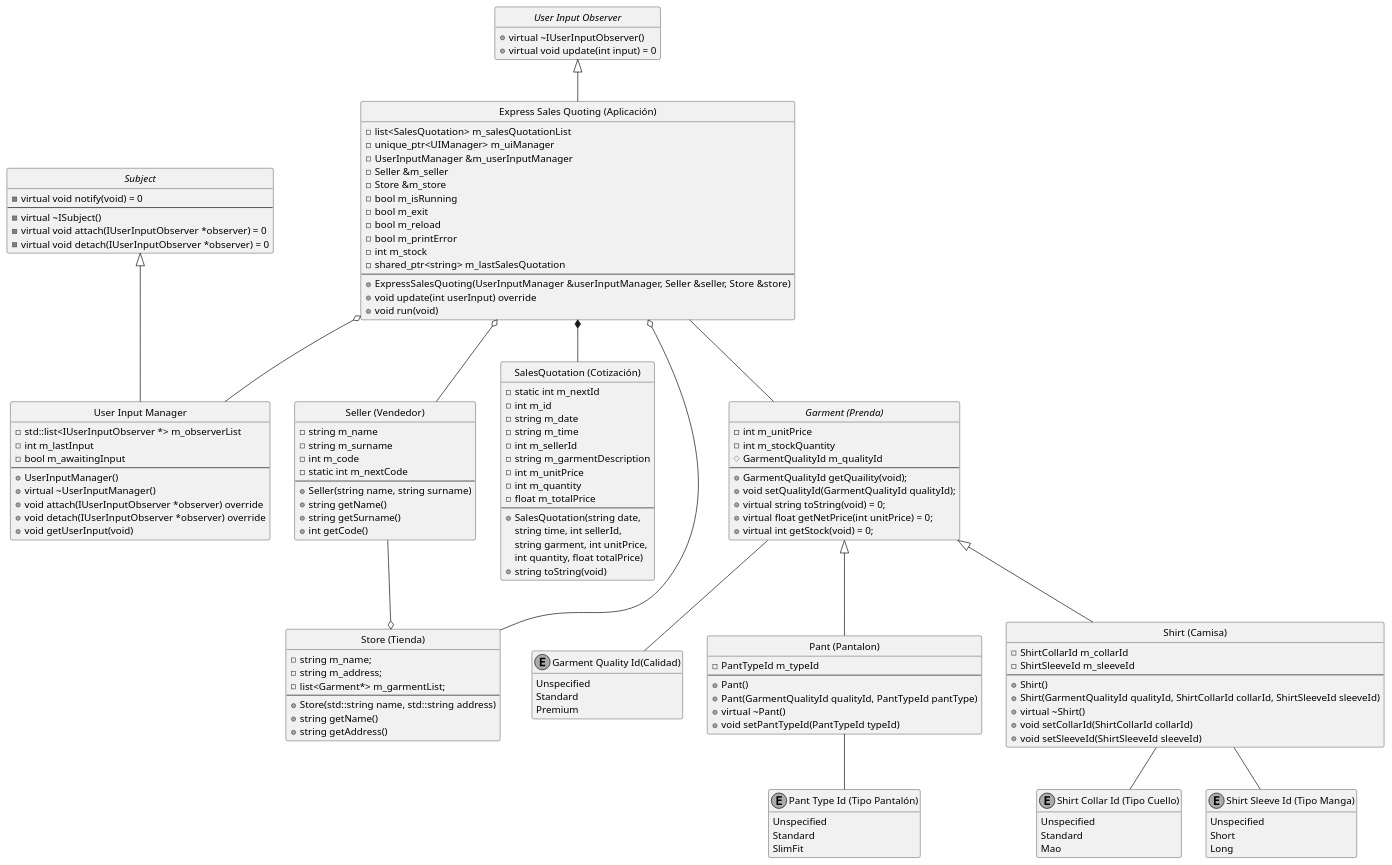
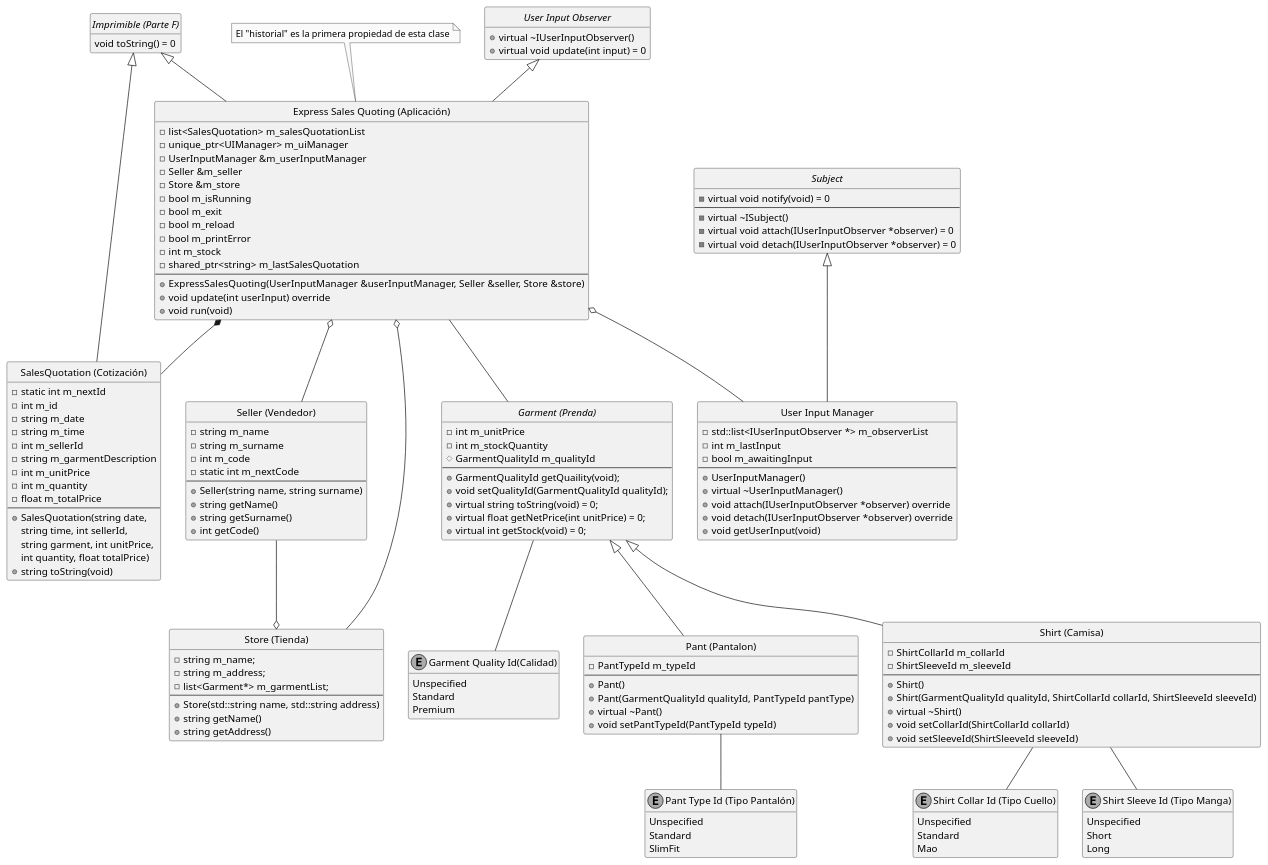
The diagram in docs/diagrams/src/architecture_overview.plantuml (nachomoledo/CppExam), drawn with PlantUML before and after one commit.

```diff
--- a/docs/diagrams/src/architecture_overview.plantuml
+++ b/docs/diagrams/src/architecture_overview.plantuml
@@ -1,174 +1,182 @@
 @startuml classDiagram
 skinparam monochrome true
 hide circle
 show enum circle
 hide empty members
 
 class "Seller (Vendedor)" as vend
 {
 - string m_name
 - string m_surname
 - int m_code
 - static int m_nextCode 
 --
 + Seller(string name, string surname)
 + string getName()
 + string getSurname()
 + int getCode()
 }
 
 class "SalesQuotation (Cotización)" as cot
 {
 - static int m_nextId
 - int m_id
 - string m_date
 - string m_time
 - int m_sellerId
 - string m_garmentDescription
 - int m_unitPrice
 - int m_quantity
 - float m_totalPrice
 --
 + SalesQuotation(string date, 
 string time, int sellerId,
 string garment, int unitPrice,
 int quantity, float totalPrice)
 + string toString(void)
 }
 
 class "Store (Tienda)" as tienda
 {
 - string m_name;
 - string m_address;
 - list<Garment*> m_garmentList;
 --
 + Store(std::string name, std::string address)
 + string getName()
 + string getAddress()
 }
 
 interface "Garment (Prenda)" as prenda
 {
 - int m_unitPrice
 - int m_stockQuantity
 # GarmentQualityId m_qualityId
 --
 + GarmentQualityId getQuaility(void);
 + void setQualityId(GarmentQualityId qualityId);
 + virtual string toString(void) = 0;
 + virtual float getNetPrice(int unitPrice) = 0;
 + virtual int getStock(void) = 0;
 }
 
 class "Express Sales Quoting (Aplicación)" as app
 {
 - list<SalesQuotation> m_salesQuotationList
 - unique_ptr<UIManager> m_uiManager
 - UserInputManager &m_userInputManager
 - Seller &m_seller
 - Store &m_store
 - bool m_isRunning
 - bool m_exit
 - bool m_reload
 - bool m_printError
 - int m_stock
 - shared_ptr<string> m_lastSalesQuotation
 --
 + ExpressSalesQuoting(UserInputManager &userInputManager, Seller &seller, Store &store)
 + void update(int userInput) override
 + void run(void)
 }
+note top: El "historial" es la primera propiedad de esta clase
 
 interface "User Input Observer" as obs
 {
 + virtual ~IUserInputObserver()
 + virtual void update(int input) = 0
 }
 
 enum "Garment Quality Id(Calidad)" as cal
 {
     Unspecified
     Standard
     Premium
 }
 
 enum "Pant Type Id (Tipo Pantalón)" as pantId
 {
     Unspecified
     Standard
     SlimFit
 }
 
 class "Pant (Pantalon)" as pant
 {
 - PantTypeId m_typeId
 --
 + Pant()
 + Pant(GarmentQualityId qualityId, PantTypeId pantType)
 + virtual ~Pant()
 + void setPantTypeId(PantTypeId typeId)
 }
 
 class "Shirt (Camisa)" as cam
 {
 - ShirtCollarId m_collarId
 - ShirtSleeveId m_sleeveId
 --
 + Shirt()
 + Shirt(GarmentQualityId qualityId, ShirtCollarId collarId, ShirtSleeveId sleeveId)
 + virtual ~Shirt()
 + void setCollarId(ShirtCollarId collarId)
 + void setSleeveId(ShirtSleeveId sleeveId)
 }
 
 enum "Shirt Collar Id (Tipo Cuello)" as cuello
 {
     Unspecified
     Standard
     Mao
 }
 
 enum "Shirt Sleeve Id (Tipo Manga)" as manga
 {
     Unspecified
     Short
     Long
 }
 
 interface "Subject" as subject
 {
 - virtual void notify(void) = 0
 --
 - virtual ~ISubject()
 - virtual void attach(IUserInputObserver *observer) = 0
 - virtual void detach(IUserInputObserver *observer) = 0
 }
 
 class "User Input Manager" as  uim
 {
 - std::list<IUserInputObserver *> m_observerList
 - int m_lastInput
 - bool m_awaitingInput
 --
 + UserInputManager()
 + virtual ~UserInputManager()
 + void attach(IUserInputObserver *observer) override
 + void detach(IUserInputObserver *observer) override
 + void getUserInput(void)
 }
 
+interface "Imprimible (Parte F)" as impr
+{
+    void toString() = 0
+}
+
 subject <|-- uim
 app o-- uim
 app o-- vend
 vend --o tienda
 app o-- tienda
 app *-- cot
 app -- prenda
+impr <|-- app
+impr <|-- cot
 obs <|-- app
 prenda <|-- cam
 prenda <|-- pant
 prenda -- cal
 cam -- cuello
 cam -- manga
 pant -- pantId
 @enduml
```
